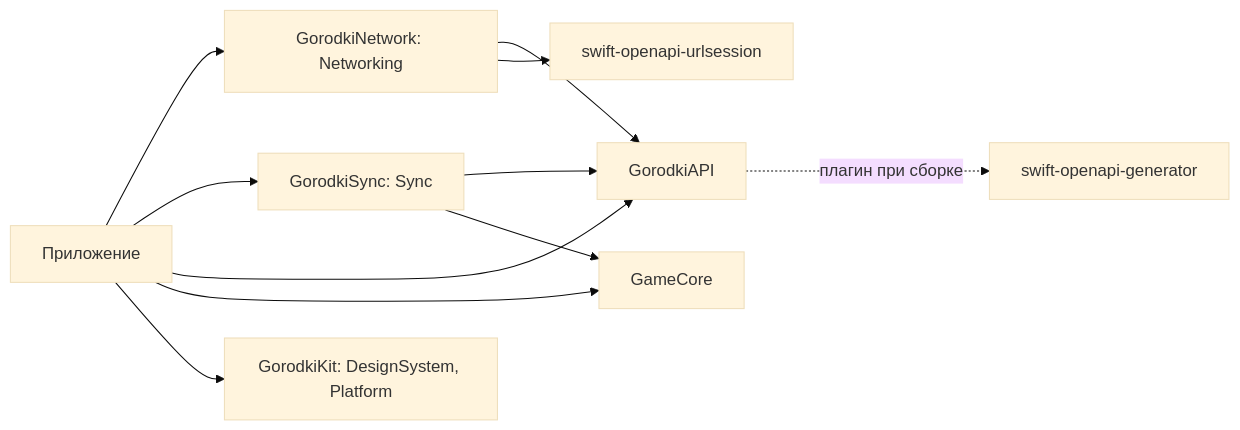
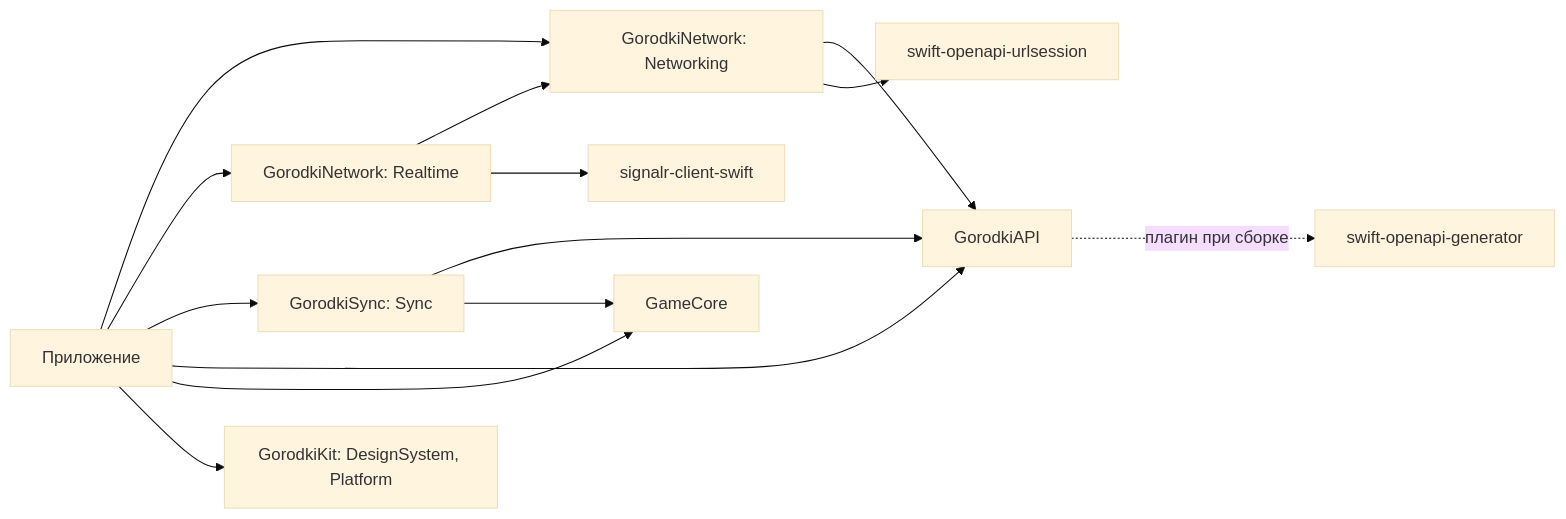
One commit to Nikich196/gorodki changed the first of 2 diagrams in docs/architecture/ios-app.md. Above: the diagram before and after it, drawn with Mermaid (base theme). The commit also changed other lines of this file and 18 other files, not shown here.

````diff
--- a/docs/architecture/ios-app.md
+++ b/docs/architecture/ios-app.md
@@ -9,13 +9,16 @@
 ```mermaid
 flowchart LR
     App[Приложение] --> Net[GorodkiNetwork: Networking]
+    App --> RT[GorodkiNetwork: Realtime]
+    RT --> Net
+    RT --> SR[signalr-client-swift]
     App --> Sync[GorodkiSync: Sync]
     App --> API[GorodkiAPI]
     App --> Core[GameCore]
     App --> Kit[GorodkiKit: DesignSystem, Platform]
     Net --> API
     Sync --> API
     Sync --> Core
     API -.плагин при сборке.-> Gen[swift-openapi-generator]
     Net --> URLS[swift-openapi-urlsession]
 ```
````
